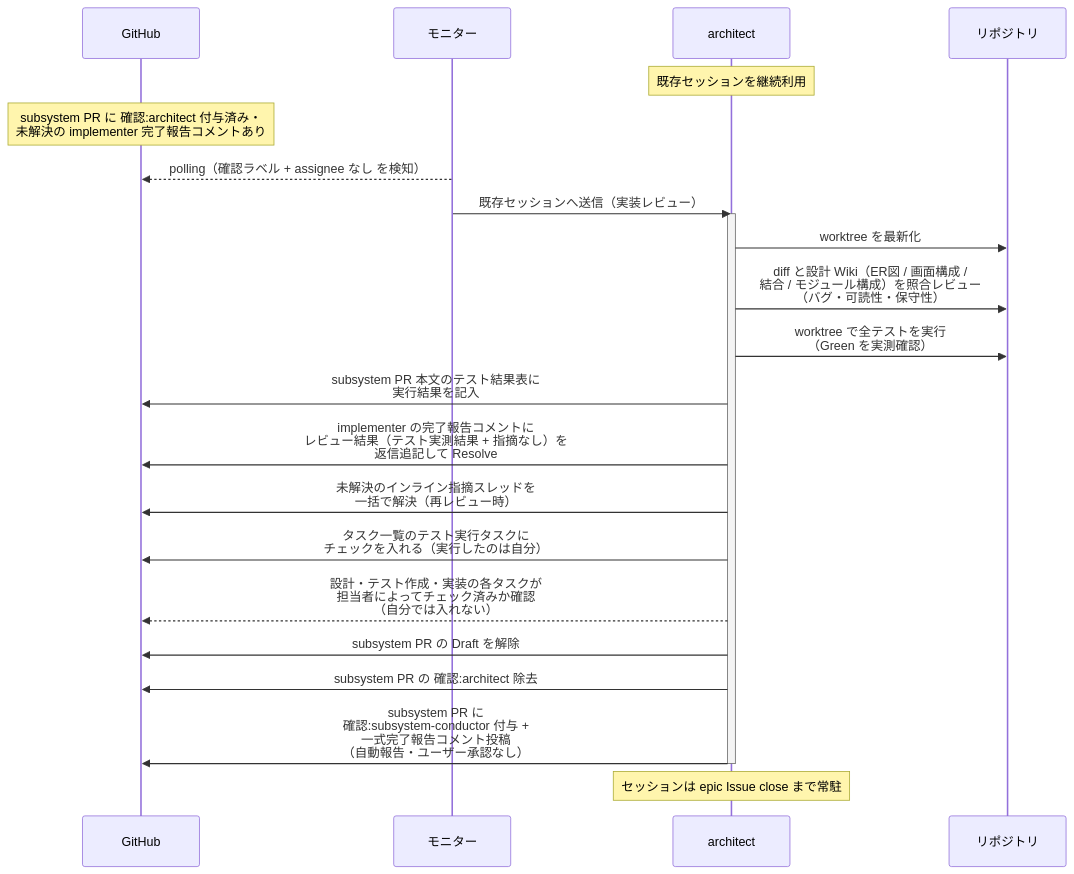
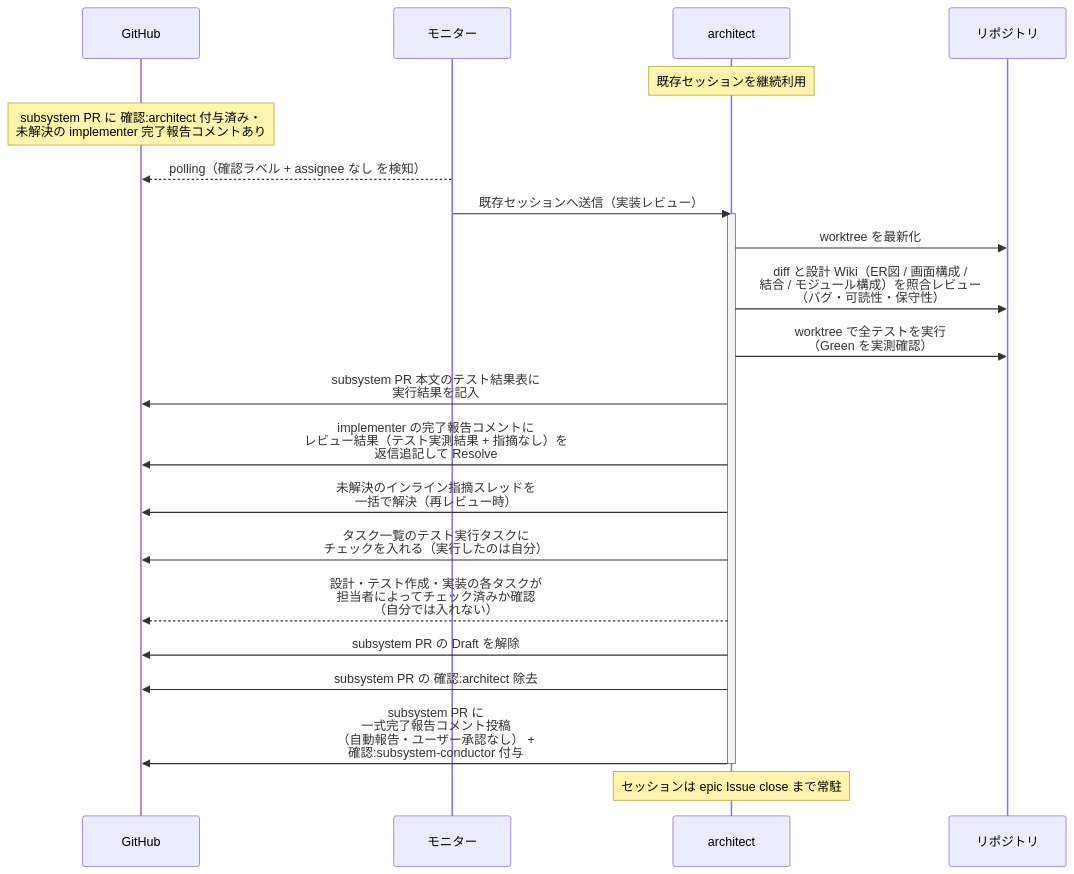
One commit to shuhei1101/ai-monitor changed the first of 5 diagrams in docs/wiki/設計図/シナリオ/単一ユースケース/実装レビュー.md. Above: the diagram before and after it, drawn with Mermaid. The commit also changed 29 other files, not shown here.

````diff
--- a/docs/wiki/設計図/シナリオ/単一ユースケース/実装レビュー.md
+++ b/docs/wiki/設計図/シナリオ/単一ユースケース/実装レビュー.md
@@ -28,26 +28,26 @@
 ```mermaid
 sequenceDiagram
   participant GH as GitHub
   participant ORC as モニター
   participant MON as architect
   participant REPO as リポジトリ
 
   Note over MON: 既存セッションを継続利用
   Note over GH: subsystem PR に 確認:architect 付与済み・<br>未解決の implementer 完了報告コメントあり
   ORC-->>GH: polling（確認ラベル + assignee なし を検知）
   ORC->>MON: 既存セッションへ送信（実装レビュー）
   activate MON
   MON->>REPO: worktree を最新化
   MON->>REPO: diff と設計 Wiki（ER図 / 画面構成 /<br>結合 / モジュール構成）を照合レビュー<br>（バグ・可読性・保守性）
   MON->>REPO: worktree で全テストを実行<br>（Green を実測確認）
   MON->>GH: subsystem PR 本文のテスト結果表に<br>実行結果を記入
   MON->>GH: implementer の完了報告コメントに<br>レビュー結果（テスト実測結果 + 指摘なし）を<br>返信追記して Resolve
   MON->>GH: 未解決のインライン指摘スレッドを<br>一括で解決（再レビュー時）
   MON->>GH: タスク一覧のテスト実行タスクに<br>チェックを入れる（実行したのは自分）
   MON-->>GH: 設計・テスト作成・実装の各タスクが<br>担当者によってチェック済みか確認<br>（自分では入れない）
   MON->>GH: subsystem PR の Draft を解除
   MON->>GH: subsystem PR の 確認:architect 除去
-  MON->>GH: subsystem PR に<br>確認:subsystem-conductor 付与 +<br>一式完了報告コメント投稿<br>（自動報告・ユーザー承認なし）
+  MON->>GH: subsystem PR に<br>一式完了報告コメント投稿<br>（自動報告・ユーザー承認なし） +<br>確認:subsystem-conductor 付与
   deactivate MON
   Note over MON: セッションは epic Issue close まで常駐
 ```
````
